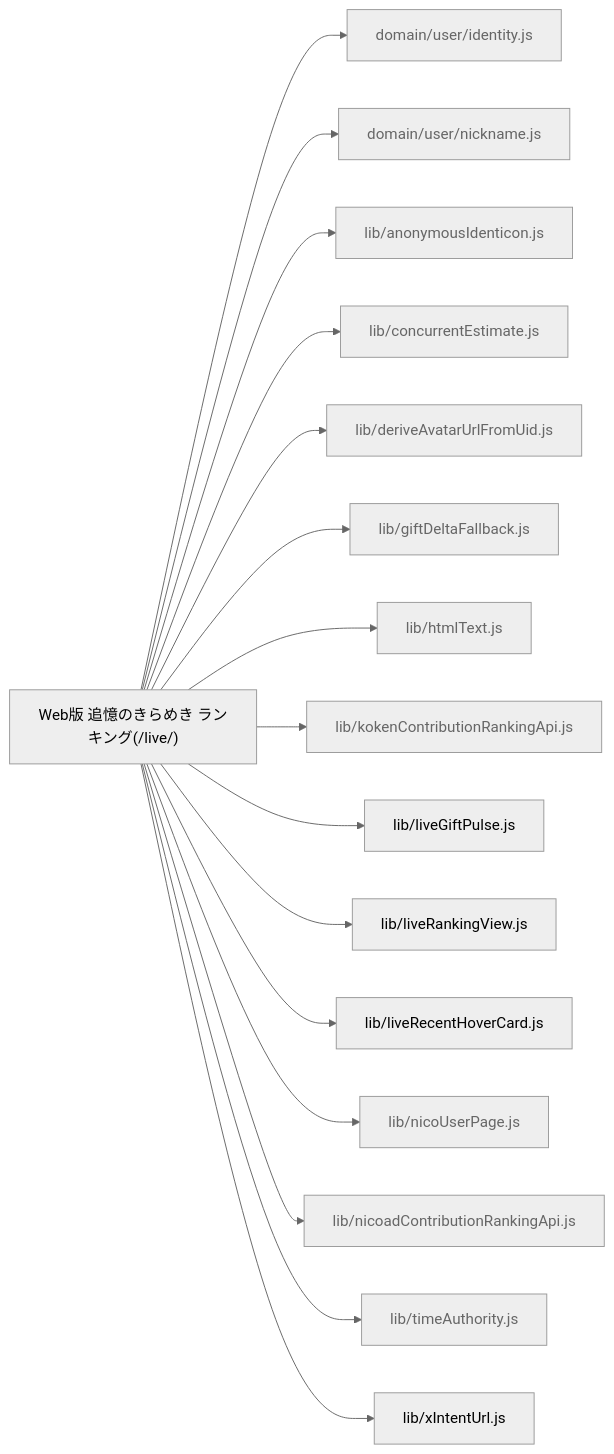
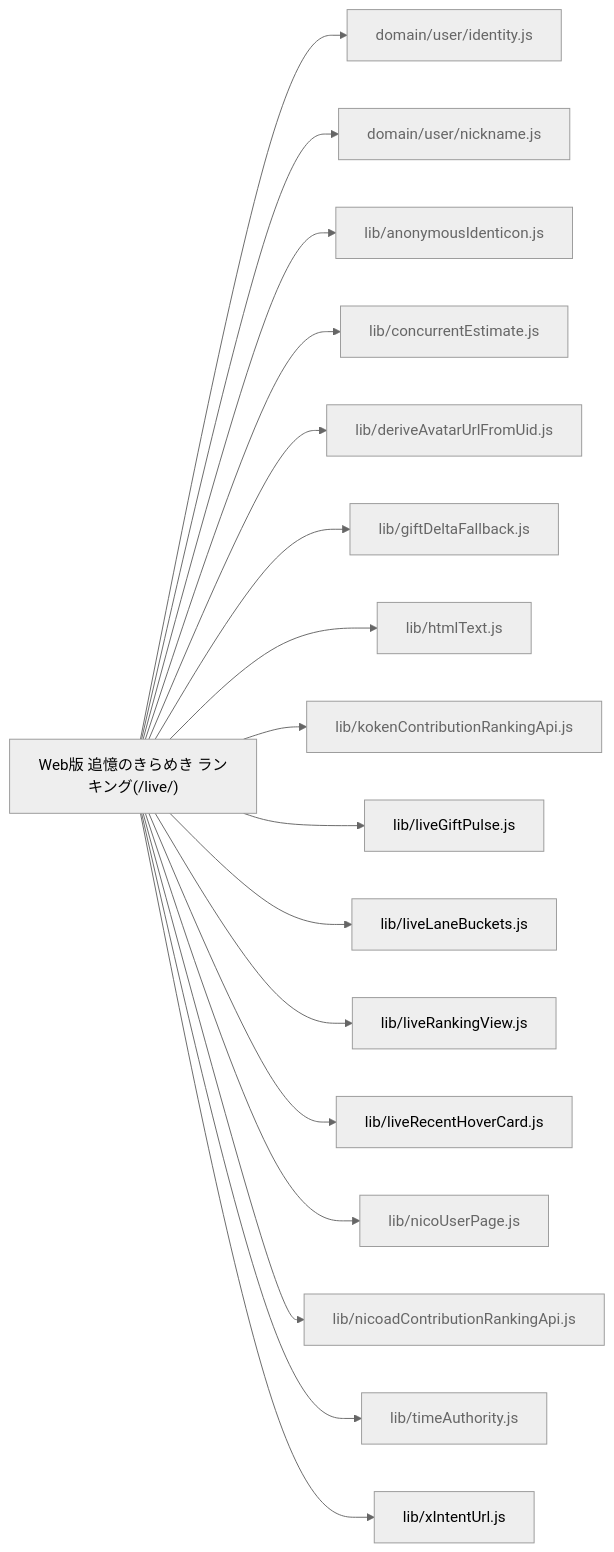
One commit to kimito-link/tsuioku-no-kirameki.com changed the diagram in docs/feature-map/live-ranking.md. Above: the diagram before and after it, drawn with Mermaid (neutral theme). The commit also changed 29 other files, not shown here.

````diff
--- a/docs/feature-map/live-ranking.md
+++ b/docs/feature-map/live-ranking.md
@@ -13,20 +13,21 @@
 ```mermaid
 graph LR
   n_live_ranking["Web版 追憶のきらめき ランキング(/live/)"]
   n_live_ranking --> n_src_domain_user_identity_js["domain/user/identity.js"]:::shared
   n_live_ranking --> n_src_domain_user_nickname_js["domain/user/nickname.js"]:::shared
   n_live_ranking --> n_src_lib_anonymousIdenticon_js["lib/anonymousIdenticon.js"]:::shared
   n_live_ranking --> n_src_lib_concurrentEstimate_js["lib/concurrentEstimate.js"]:::shared
   n_live_ranking --> n_src_lib_deriveAvatarUrlFromUid_js["lib/deriveAvatarUrlFromUid.js"]:::shared
   n_live_ranking --> n_src_lib_giftDeltaFallback_js["lib/giftDeltaFallback.js"]:::shared
   n_live_ranking --> n_src_lib_htmlText_js["lib/htmlText.js"]:::shared
   n_live_ranking --> n_src_lib_kokenContributionRankingApi_js["lib/kokenContributionRankingApi.js"]:::shared
   n_live_ranking --> n_src_lib_liveGiftPulse_js["lib/liveGiftPulse.js"]
+  n_live_ranking --> n_src_lib_liveLaneBuckets_js["lib/liveLaneBuckets.js"]
   n_live_ranking --> n_src_lib_liveRankingView_js["lib/liveRankingView.js"]
   n_live_ranking --> n_src_lib_liveRecentHoverCard_js["lib/liveRecentHoverCard.js"]
   n_live_ranking --> n_src_lib_nicoUserPage_js["lib/nicoUserPage.js"]:::shared
   n_live_ranking --> n_src_lib_nicoadContributionRankingApi_js["lib/nicoadContributionRankingApi.js"]:::shared
   n_live_ranking --> n_src_lib_timeAuthority_js["lib/timeAuthority.js"]:::shared
   n_live_ranking --> n_src_lib_xIntentUrl_js["lib/xIntentUrl.js"]
   classDef shared fill:#eee,stroke:#999,color:#666;
 ```
````
